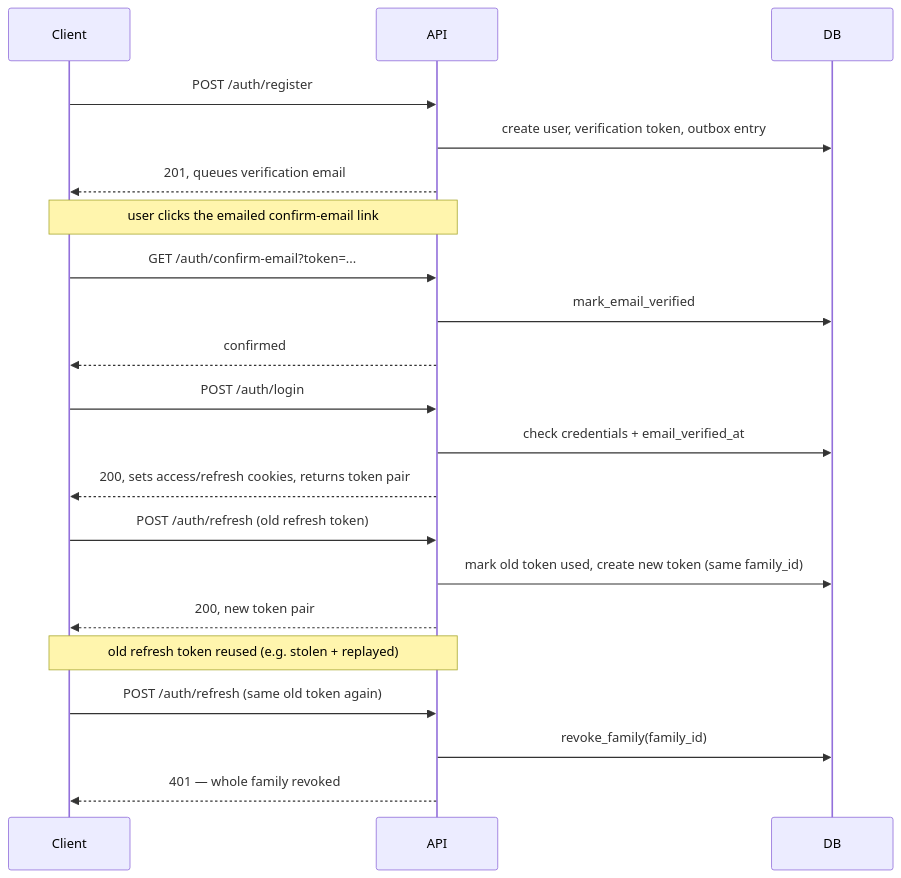
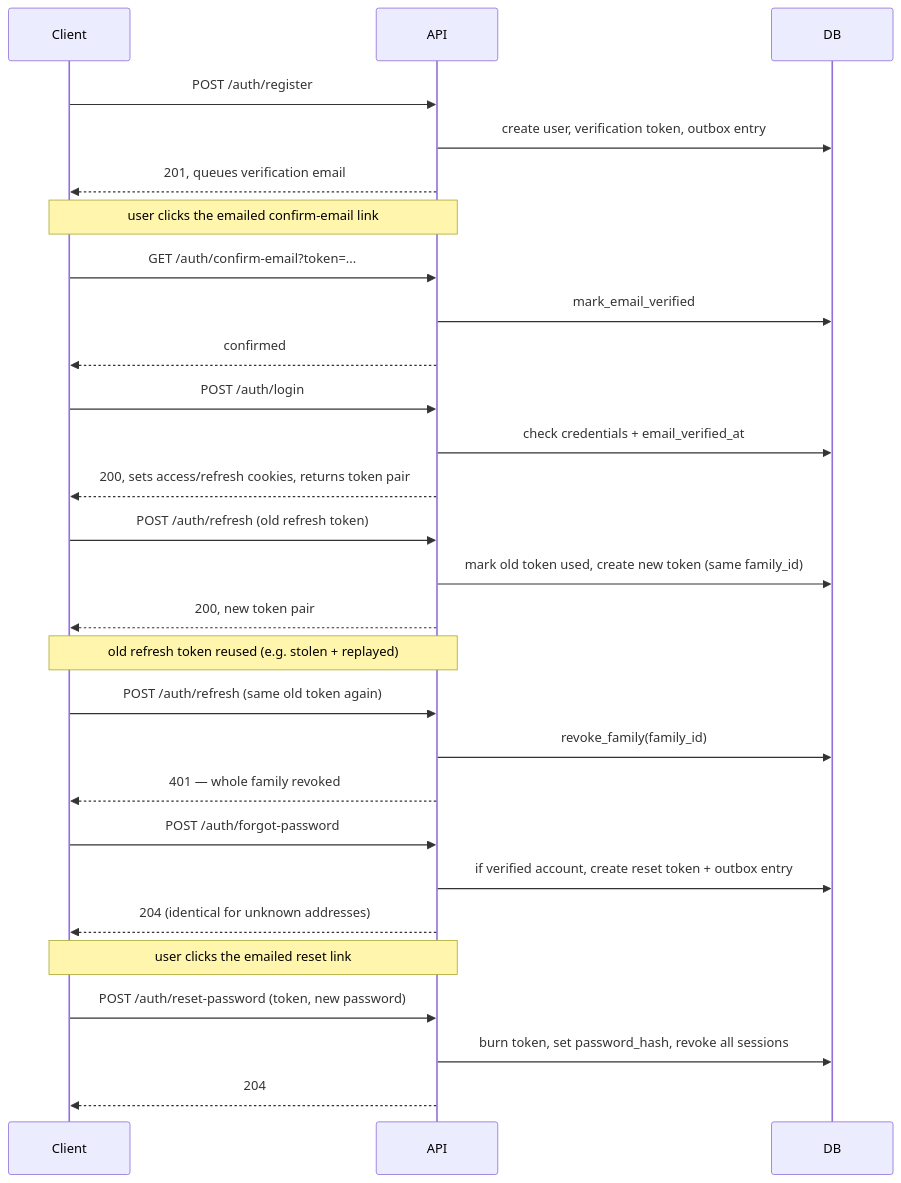
The first of 2 diagrams in docs/architecture/overview.md (jbtwist/FastApi-Backend-Template), drawn with Mermaid before and after one commit. The commit also changed other lines of this file and 3 other files, not shown here.

````diff
--- a/docs/architecture/overview.md
+++ b/docs/architecture/overview.md
@@ -30,28 +47,37 @@
 ```mermaid
 sequenceDiagram
     participant Client
     participant API
     participant DB
 
     Client->>API: POST /auth/register
     API->>DB: create user, verification token, outbox entry
     API-->>Client: 201, queues verification email
 
     Note over Client,API: user clicks the emailed confirm-email link
     Client->>API: GET /auth/confirm-email?token=...
     API->>DB: mark_email_verified
     API-->>Client: confirmed
 
     Client->>API: POST /auth/login
     API->>DB: check credentials + email_verified_at
     API-->>Client: 200, sets access/refresh cookies, returns token pair
 
     Client->>API: POST /auth/refresh (old refresh token)
     API->>DB: mark old token used, create new token (same family_id)
     API-->>Client: 200, new token pair
 
     Note over Client,API: old refresh token reused (e.g. stolen + replayed)
     Client->>API: POST /auth/refresh (same old token again)
     API->>DB: revoke_family(family_id)
     API-->>Client: 401 — whole family revoked
+
+    Client->>API: POST /auth/forgot-password
+    API->>DB: if verified account, create reset token + outbox entry
+    API-->>Client: 204 (identical for unknown addresses)
+
+    Note over Client,API: user clicks the emailed reset link
+    Client->>API: POST /auth/reset-password (token, new password)
+    API->>DB: burn token, set password_hash, revoke all sessions
+    API-->>Client: 204
 ```
````
